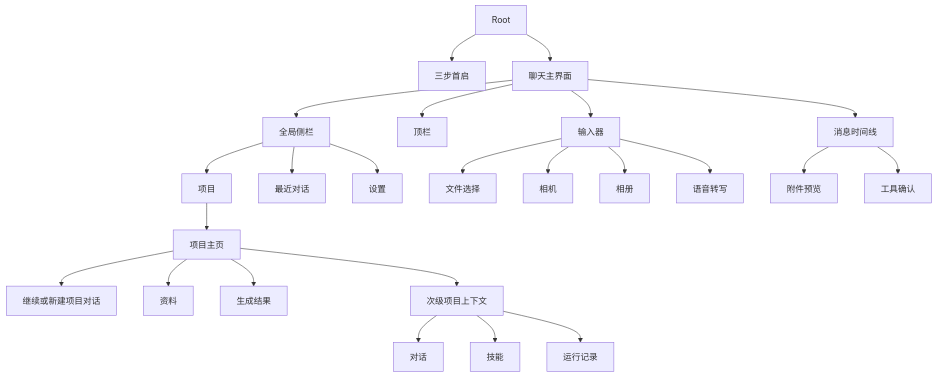
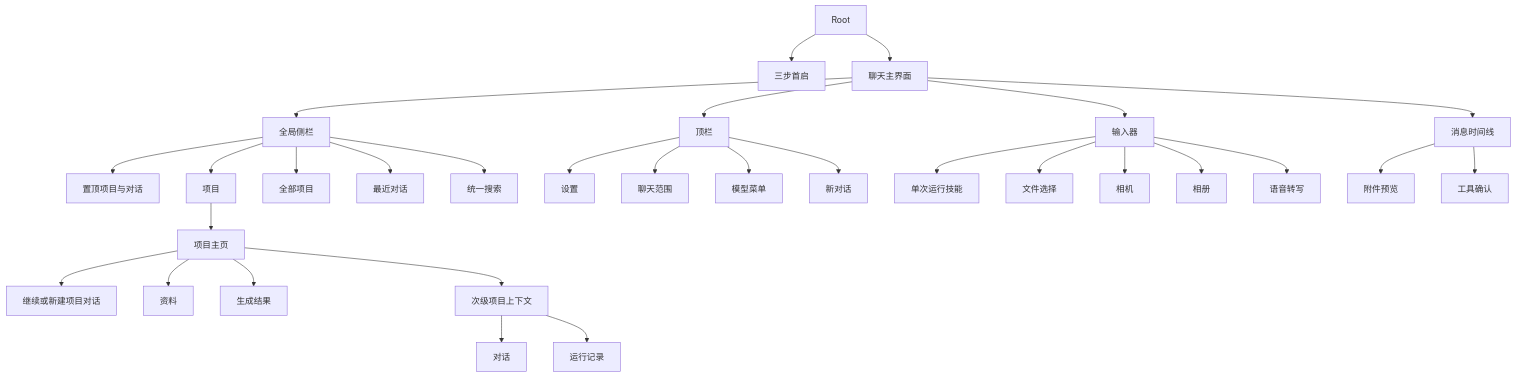
Before and after one commit to IsaacHuo/Familiar: the diagram in docs/03-ui-ux-design.md, drawn with Mermaid. The commit also changed other lines of this file and 11 other files, not shown here.

````diff
--- a/docs/03-ui-ux-design.md
+++ b/docs/03-ui-ux-design.md
@@ -19,26 +19,32 @@
 ```mermaid
 flowchart TD
     Root[Root] --> Onboarding[三步首启]
     Root --> Chat[聊天主界面]
     Chat --> Drawer[全局侧栏]
+    Drawer --> Pinned[置顶项目与对话]
     Drawer --> Projects[项目]
+    Drawer --> AllProjects[全部项目]
     Drawer --> Recent[最近对话]
+    Drawer --> Search[统一搜索]
     Projects --> ProjectHome[项目主页]
     ProjectHome --> ProjectChat[继续或新建项目对话]
     ProjectHome --> Resources[资料]
     ProjectHome --> Artifacts[生成结果]
     ProjectHome --> Context[次级项目上下文]
     Context --> Conversations[对话]
-    Context --> Skills[技能]
     Context --> Runs[运行记录]
     Chat --> TopBar[顶栏]
+    TopBar --> Settings[设置]
+    TopBar --> Workspace[聊天范围]
+    TopBar --> Model[模型菜单]
+    TopBar --> NewConversation[新对话]
     Chat --> Timeline[消息时间线]
     Chat --> Composer[输入器]
-    Drawer --> Settings[设置]
+    Composer --> Skills[单次运行技能]
     Composer --> Files[文件选择]
     Composer --> Camera[相机]
     Composer --> Photos[相册]
     Composer --> Speech[语音转写]
     Timeline --> Preview[附件预览]
     Timeline --> Confirmation[工具确认]
 ```
````
